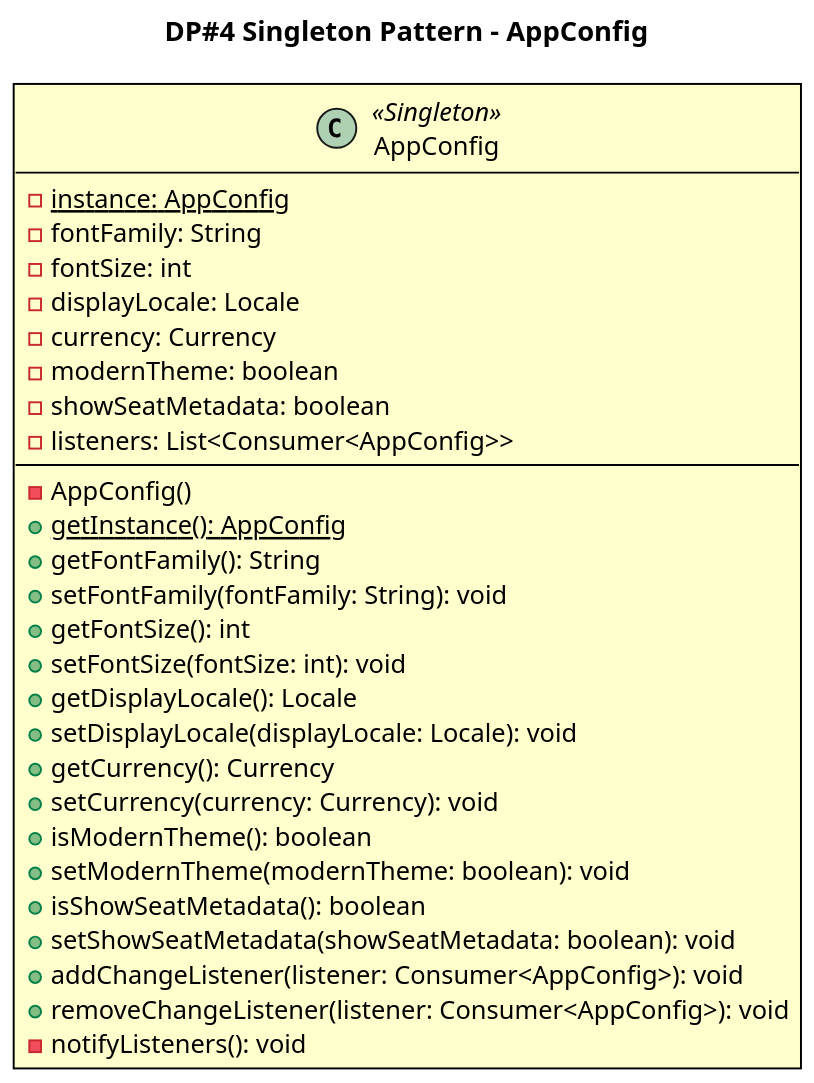
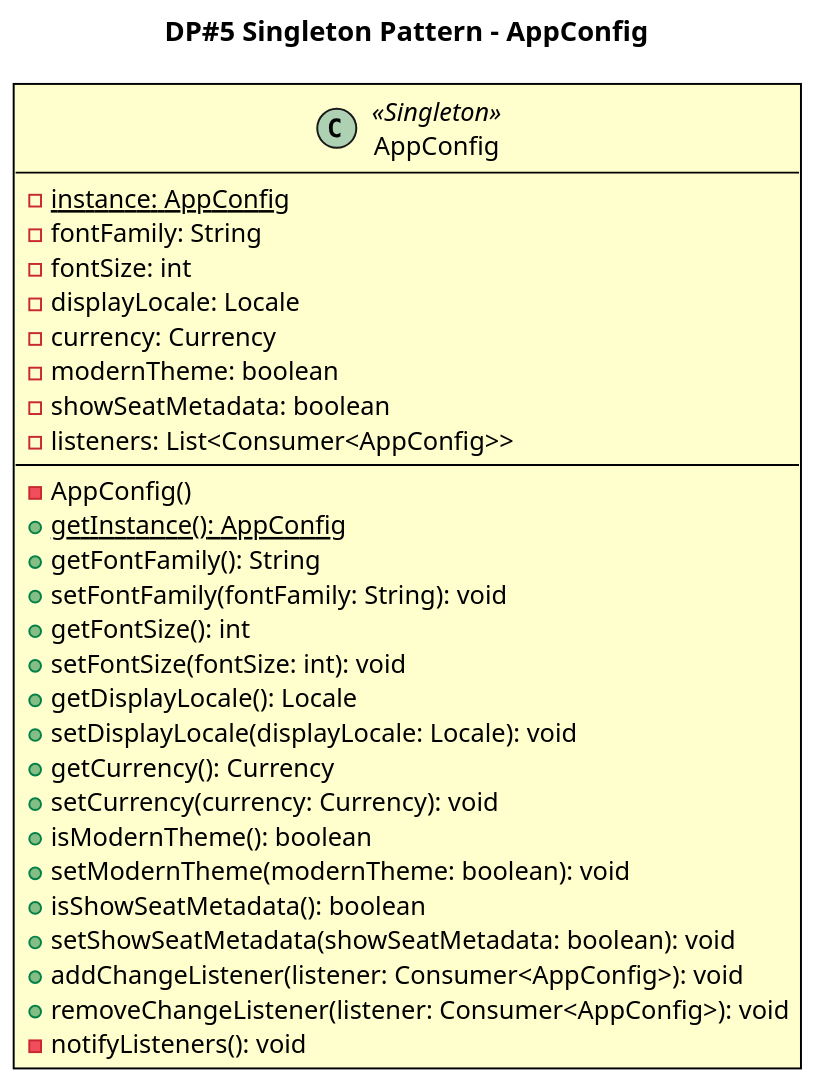
One commit to gimjungwook/KoreanAirReservationDomain changed the diagram in docs/diagrams/iter4-puml/en/dp4-singleton.puml. Above: the diagram before and after it, drawn with PlantUML. The commit also changed 75 other files, not shown here.

First line of the commit message:
발표 덱·다이어그램·코드 정비 (iter4)

```diff
--- a/docs/diagrams/iter4-puml/en/dp4-singleton.puml
+++ b/docs/diagrams/iter4-puml/en/dp4-singleton.puml
@@ -1,59 +1,59 @@
 @startuml dp4-singleton
 skinparam backgroundColor #FFFFFF
 skinparam shadowing false
 skinparam roundcorner 0
 skinparam linetype polyline
 skinparam nodesep 26
 skinparam ranksep 42
 skinparam defaultFontName "Helvetica Neue"
 skinparam defaultFontSize 13
 skinparam dpi 150
 skinparam class {
   BackgroundColor #FFFFCE
   BorderColor #000000
   BorderThickness 1
   ArrowColor #000000
   ArrowThickness 1
   FontColor #000000
   FontName "Helvetica Neue"
   AttributeFontColor #000000
   AttributeFontName "Helvetica Neue"
   StereotypeFontColor #000000
 }
 skinparam note {
   BackgroundColor #FFFFFF
   BorderColor #777777
   FontColor #000000
 }
 
-title DP#4 Singleton Pattern - AppConfig
+title DP#5 Singleton Pattern - AppConfig
 class AppConfig <<Singleton>> {
   -instance: AppConfig {static}
   -fontFamily: String
   -fontSize: int
   -displayLocale: Locale
   -currency: Currency
   -modernTheme: boolean
   -showSeatMetadata: boolean
   -listeners: List<Consumer<AppConfig>>
   --
   -AppConfig()
   +getInstance(): AppConfig {static}
   +getFontFamily(): String
   +setFontFamily(fontFamily: String): void
   +getFontSize(): int
   +setFontSize(fontSize: int): void
   +getDisplayLocale(): Locale
   +setDisplayLocale(displayLocale: Locale): void
   +getCurrency(): Currency
   +setCurrency(currency: Currency): void
   +isModernTheme(): boolean
   +setModernTheme(modernTheme: boolean): void
   +isShowSeatMetadata(): boolean
   +setShowSeatMetadata(showSeatMetadata: boolean): void
   +addChangeListener(listener: Consumer<AppConfig>): void
   +removeChangeListener(listener: Consumer<AppConfig>): void
   -notifyListeners(): void
 }
 
 @enduml
```
